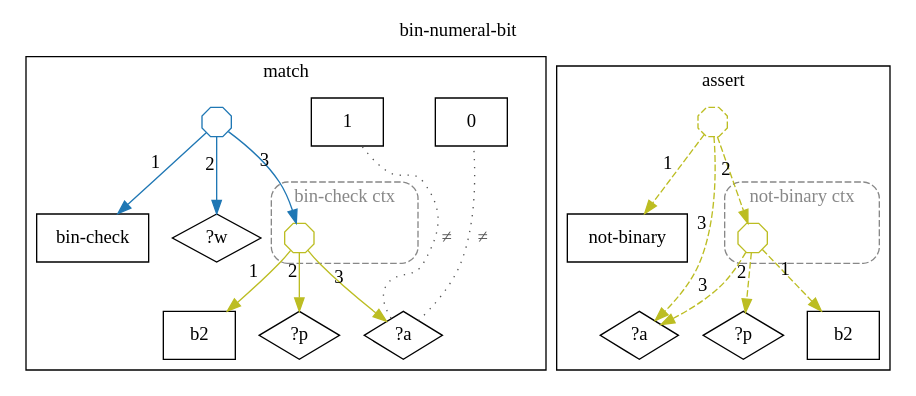
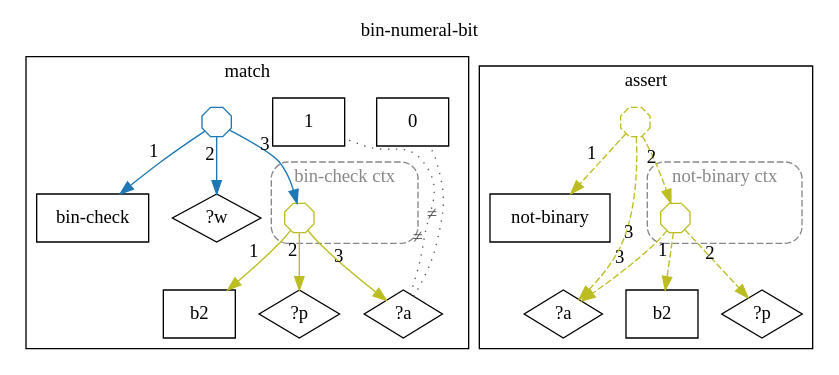
One commit to agutikov/ein changed the diagram in docs/ein/user/04-reference/04-stdlib/diagrams/15-std.math.binary.bin-numeral-bit.dot. Above: the diagram before and after it, drawn with Graphviz. The commit also changed 102 other files, not shown here.

```diff
--- a/docs/ein/user/04-reference/04-stdlib/diagrams/15-std.math.binary.bin-numeral-bit.dot
+++ b/docs/ein/user/04-reference/04-stdlib/diagrams/15-std.math.binary.bin-numeral-bit.dot
@@ -1,43 +1,43 @@
 digraph rule_bin_numeral_bit_lhs_rhs {
   rankdir=TB;
   label="bin-numeral-bit"; labelloc=t;
   subgraph cluster_lhs { label="match";
     "bin-check_L" [label="bin-check", shape=box];
     "?w_L" [label="?w", shape=diamond];
     "b2_L" [label="b2", shape=box];
     "?p_L" [label="?p", shape=diamond];
     "?a_L" [label="?a", shape=diamond];
     "0_L" [label="0", shape=box];
     "1_L" [label="1", shape=box];
     subgraph cluster_ctx_L_0 {
       label="bin-check ctx"; style="dashed,rounded"; color="#888888"; fontcolor="#888888";
       "(b2 ?p ?a)_L" [shape=octagon, label="", width=0.3, height=0.3, fixedsize=true, color="#bcbd22"];
     }
     "h1_bin-check_L" [shape=octagon, label="", width=0.3, height=0.3, fixedsize=true, color="#1f77b4"];
     "h1_bin-check_L" -> "bin-check_L" [xlabel="1", color="#1f77b4"];
     "h1_bin-check_L" -> "?w_L" [xlabel="2", color="#1f77b4"];
     "h1_bin-check_L" -> "(b2 ?p ?a)_L" [xlabel="3", color="#1f77b4"];
-    "?a_L" -> "0_L" [label="≠", dir=none, style=dotted, color="#555555", fontcolor="#555555", constraint=false];
-    "?a_L" -> "1_L" [label="≠", dir=none, style=dotted, color="#555555", fontcolor="#555555", constraint=false];
+    "?a_L" -> "0_L" [xlabel="≠", dir=none, style=dotted, color="#555555", fontcolor="#555555", constraint=false];
+    "?a_L" -> "1_L" [xlabel="≠", dir=none, style=dotted, color="#555555", fontcolor="#555555", constraint=false];
     "(b2 ?p ?a)_L" -> "b2_L" [xlabel="1", color="#bcbd22"];
     "(b2 ?p ?a)_L" -> "?p_L" [xlabel="2", color="#bcbd22"];
     "(b2 ?p ?a)_L" -> "?a_L" [xlabel="3", color="#bcbd22"];
   }
   subgraph cluster_rhs { label="assert";
     "not-binary_R" [label="not-binary", shape=box];
     "b2_R" [label="b2", shape=box];
     "?p_R" [label="?p", shape=diamond];
     "?a_R" [label="?a", shape=diamond];
     subgraph cluster_ctx_R_0 {
       label="not-binary ctx"; style="dashed,rounded"; color="#888888"; fontcolor="#888888";
       "(b2 ?p ?a)_R" [shape=octagon, label="", width=0.3, height=0.3, fixedsize=true, color="#bcbd22"];
     }
     "h2_not-binary_R" [shape=octagon, label="", width=0.3, height=0.3, fixedsize=true, color="#bcbd22", style=dashed];
     "h2_not-binary_R" -> "not-binary_R" [xlabel="1", color="#bcbd22", style=dashed];
     "h2_not-binary_R" -> "(b2 ?p ?a)_R" [xlabel="2", color="#bcbd22", style=dashed];
     "h2_not-binary_R" -> "?a_R" [xlabel="3", color="#bcbd22", style=dashed];
     "(b2 ?p ?a)_R" -> "b2_R" [xlabel="1", color="#bcbd22", style=dashed];
     "(b2 ?p ?a)_R" -> "?p_R" [xlabel="2", color="#bcbd22", style=dashed];
     "(b2 ?p ?a)_R" -> "?a_R" [xlabel="3", color="#bcbd22", style=dashed];
   }
 }
```
